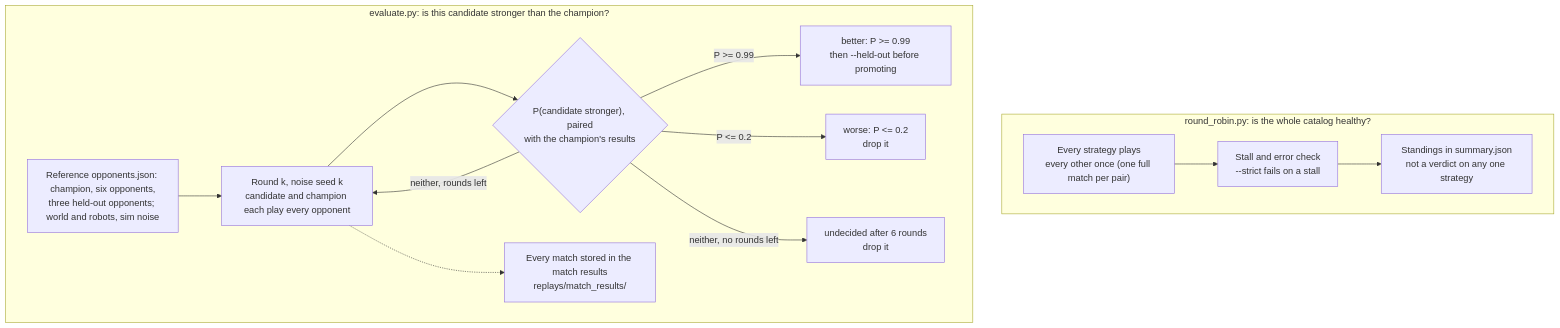
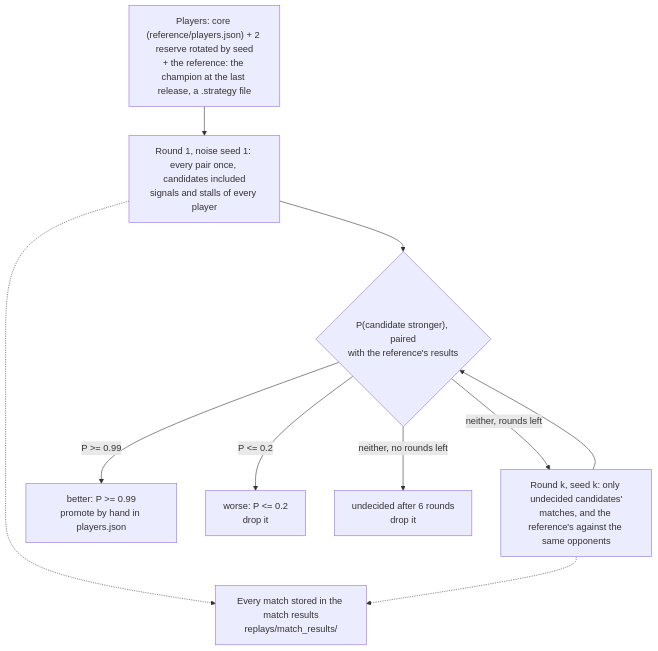
Before and after one commit to First-Order-RoboCup-SSL/Utama-Core: the fourth of 5 diagrams in docs/STRATEGY_DEVELOPMENT.md, drawn with Mermaid. The commit also changed other lines of this file and 39 other files, not shown here.

First line of the commit message:
tools: one match tool, evaluate.py, with a round robin as round 1

````diff
--- a/docs/STRATEGY_DEVELOPMENT.md
+++ b/docs/STRATEGY_DEVELOPMENT.md
@@ -271,25 +265,18 @@
 ```mermaid
 flowchart TD
-    subgraph rr["round_robin.py: is the whole catalog healthy?"]
-        r1["Every strategy plays<br/>every other once (one full match per pair)"]
-        r2["Stall and error check<br/>--strict fails on a stall"]
-        r3["Standings in summary.json<br/>not a verdict on any one strategy"]
-        r1 --> r2 --> r3
-    end
-
-    subgraph ev["evaluate.py: is this candidate stronger than the champion?"]
-        e1["Reference opponents.json: champion, six opponents,<br/>three held-out opponents; world and robots, sim noise"]
-        e2["Round k, noise seed k<br/>candidate and champion each play every opponent"]
-        e7["Every match stored in the match results<br/>replays/match_results/"]
-        e3{"P(candidate stronger), paired<br/>with the champion's results"}
-        e4["better: P >= 0.99<br/>then --held-out before promoting"]
-        e5["worse: P <= 0.2<br/>drop it"]
-        e6["undecided after 6 rounds<br/>drop it"]
-        e1 --> e2 --> e3
-        e2 -.-> e7
-        e3 -- "P >= 0.99" --> e4
-        e3 -- "P <= 0.2" --> e5
-        e3 -- "neither, rounds left" --> e2
-        e3 -- "neither, no rounds left" --> e6
-    end
+    p["Players: core (reference/players.json) + 2 reserve rotated by seed<br/>+ the reference: the champion at the last release, a .strategy file"]
+    r1["Round 1, noise seed 1: every pair once, candidates included<br/>signals and stalls of every player"]
+    rk["Round k, seed k: only undecided candidates'<br/>matches, and the reference's against the same opponents"]
+    st["Every match stored in the match results<br/>replays/match_results/"]
+    d{"P(candidate stronger), paired<br/>with the reference's results"}
+    b["better: P >= 0.99<br/>promote by hand in players.json"]
+    w["worse: P <= 0.2<br/>drop it"]
+    u["undecided after 6 rounds<br/>drop it"]
+    p --> r1 --> d
+    r1 -.-> st
+    rk -.-> st
+    d -- "P >= 0.99" --> b
+    d -- "P <= 0.2" --> w
+    d -- "neither, rounds left" --> rk --> d
+    d -- "neither, no rounds left" --> u
 ```
````
